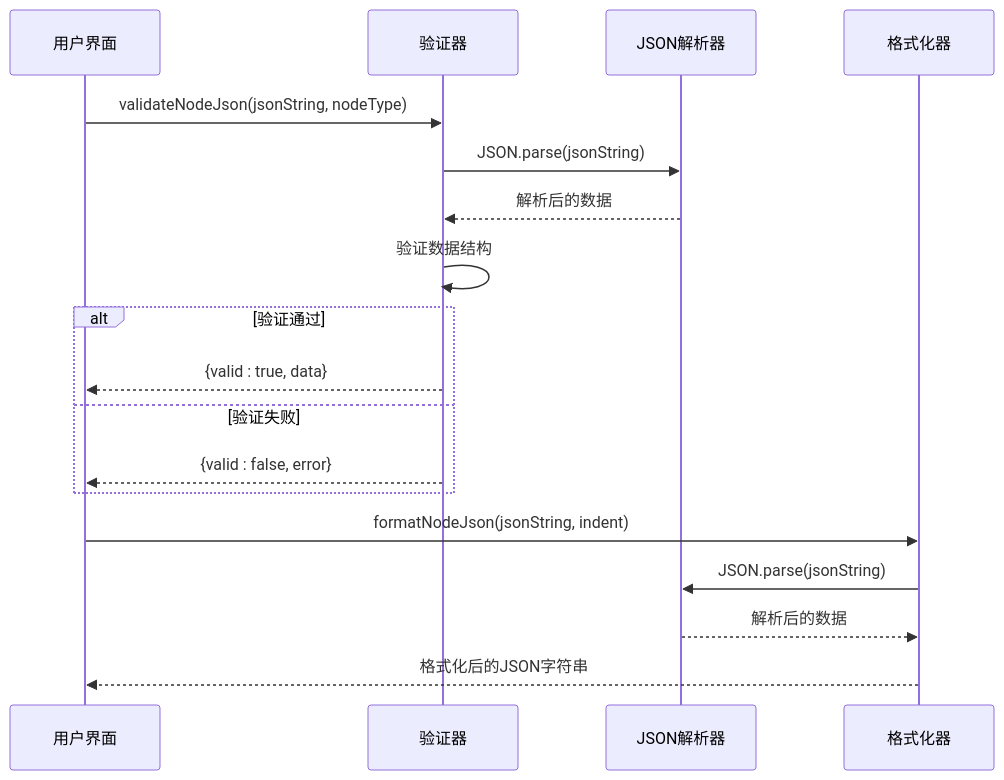
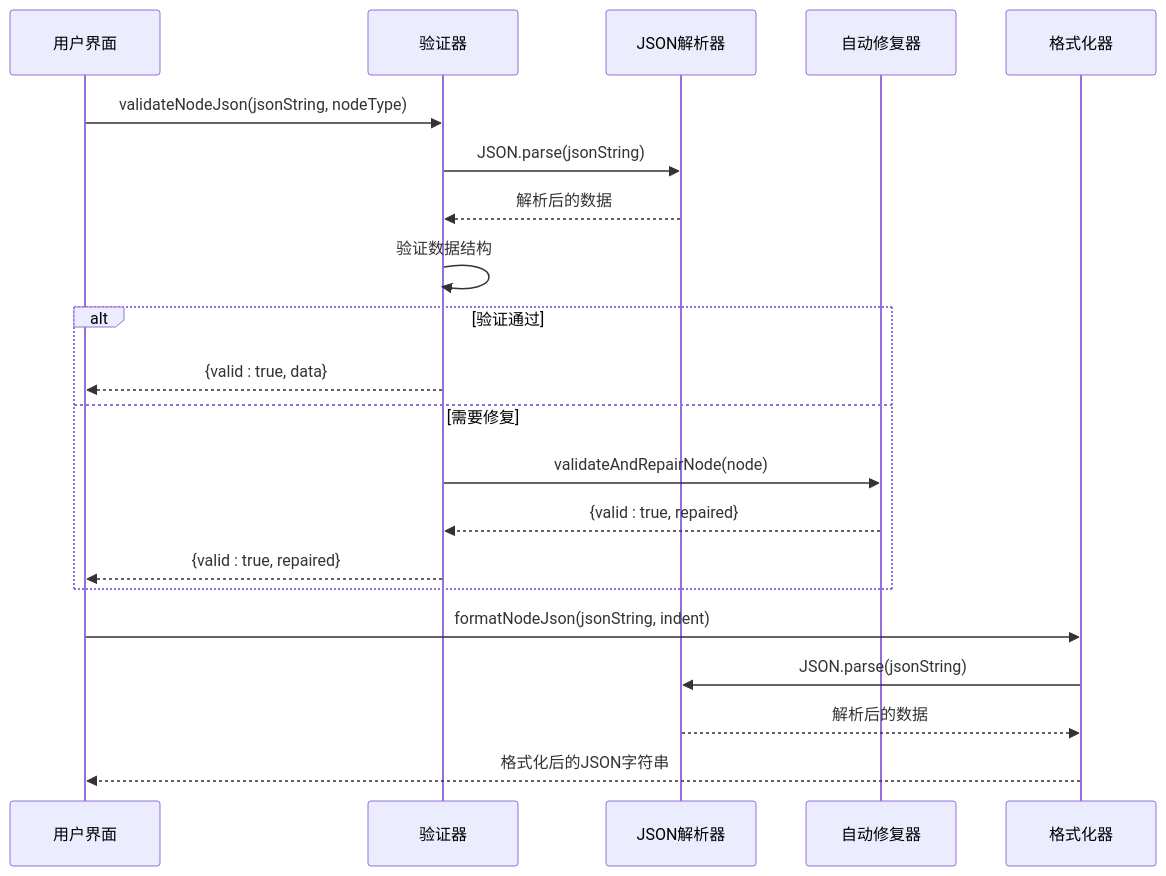
Before and after one commit to kqcoxn/MaaPipelineEditor: the second of 6 diagrams in .qoder/repowiki/zh/content/字段配置系统/字段验证系统/节点JSON验证器.md, drawn with Mermaid. The commit also changed other lines of this file and 17 other files, not shown here.

````diff
--- a/.qoder/repowiki/zh/content/字段配置系统/字段验证系统/节点JSON验证器.md
+++ b/.qoder/repowiki/zh/content/字段配置系统/字段验证系统/节点JSON验证器.md
@@ -108,20 +129,23 @@
 ```mermaid
 sequenceDiagram
 participant UI as 用户界面
 participant Validator as 验证器
 participant Parser as JSON解析器
+participant Repair as 自动修复器
 participant Formatter as 格式化器
 UI->>Validator : validateNodeJson(jsonString, nodeType)
 Validator->>Parser : JSON.parse(jsonString)
 Parser-->>Validator : 解析后的数据
 Validator->>Validator : 验证数据结构
 alt 验证通过
 Validator-->>UI : {valid : true, data}
-else 验证失败
-Validator-->>UI : {valid : false, error}
+else 需要修复
+Validator->>Repair : validateAndRepairNode(node)
+Repair-->>Validator : {valid : true, repaired}
+Validator-->>UI : {valid : true, repaired}
 end
 UI->>Formatter : formatNodeJson(jsonString, indent)
 Formatter->>Parser : JSON.parse(jsonString)
 Parser-->>Formatter : 解析后的数据
 Formatter-->>UI : 格式化后的JSON字符串
 ```
````
